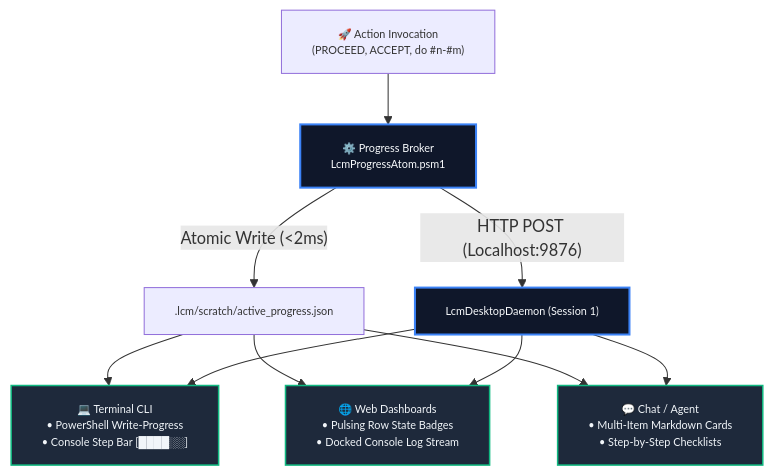
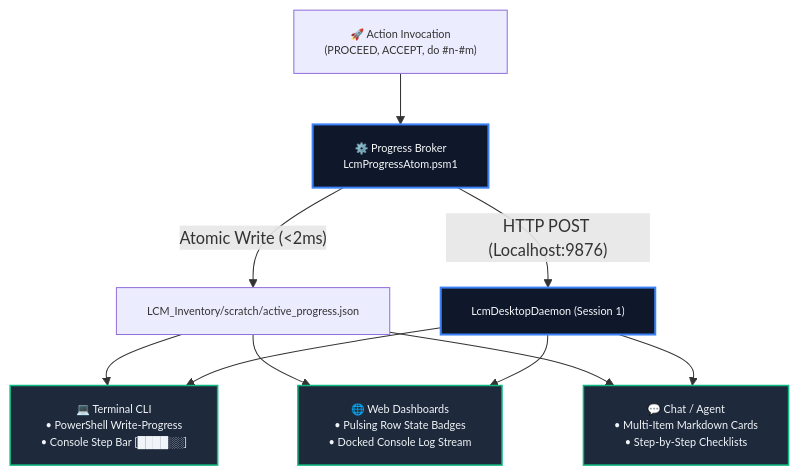
One commit to rgbigel/LCM_Inventory changed the diagram in docs/Proposals/CRP-110-LCM-v7.3.0-Universal-Multi-Channel-Progress-Indicator-Engine.md. Above: the diagram before and after it, drawn with Mermaid. The commit also changed other lines of this file and 157 other files, not shown here.

````diff
--- a/docs/Proposals/CRP-110-LCM-v7.3.0-Universal-Multi-Channel-Progress-Indicator-Engine.md
+++ b/docs/Proposals/CRP-110-LCM-v7.3.0-Universal-Multi-Channel-Progress-Indicator-Engine.md
@@ -32,16 +32,16 @@
 ```mermaid
 flowchart TD
     classDef default font-size:8pt;
     classDef broker fill:#0f172a,stroke:#3b82f6,stroke-width:2px,color:#f8fafc;
     classDef channel fill:#1e293b,stroke:#10b981,stroke-width:1.5px,color:#f1f5f9;
 
     TRIGGER["🚀 Action Invocation<br/>(PROCEED, ACCEPT, do #n-#m)"] --> BROKER["⚙️ Progress Broker<br/>LcmProgressAtom.psm1"]:::broker
 
-    BROKER -->|"Atomic Write (<2ms)"| FILE[".lcm/scratch/active_progress.json"]
+    BROKER -->|"Atomic Write (<2ms)"| FILE["LCM_Inventory/scratch/active_progress.json"]
     BROKER -->|"HTTP POST (Localhost:9876)"| DAEMON["LcmDesktopDaemon (Session 1)"]:::broker
 
     FILE & DAEMON --> CH_CLI["💻 Terminal CLI<br/>• PowerShell Write-Progress<br/>• Console Step Bar [████░░]"]:::channel
     FILE & DAEMON --> CH_WEB["🌐 Web Dashboards<br/>• Pulsing Row State Badges<br/>• Docked Console Log Stream"]:::channel
     FILE & DAEMON --> CH_CHAT["💬 Chat / Agent<br/>• Multi-Item Markdown Cards<br/>• Step-by-Step Checklists"]:::channel
 
 ```
````
